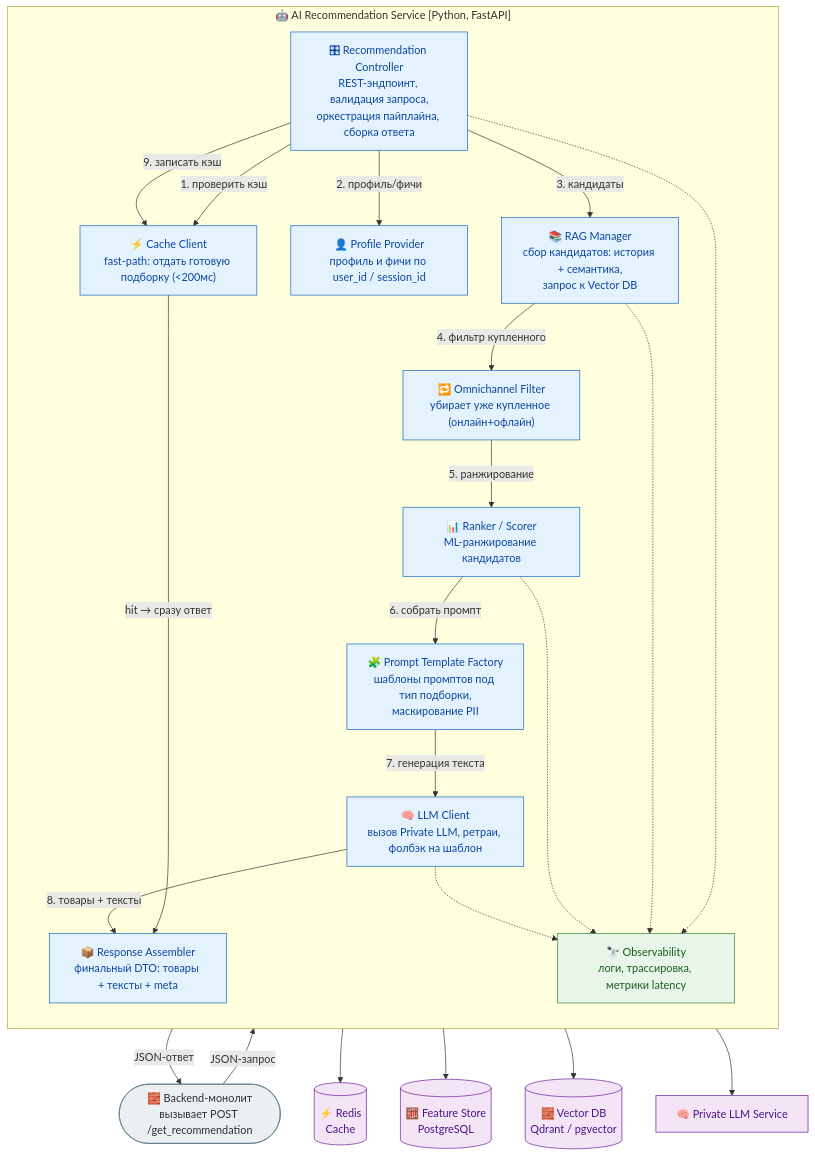
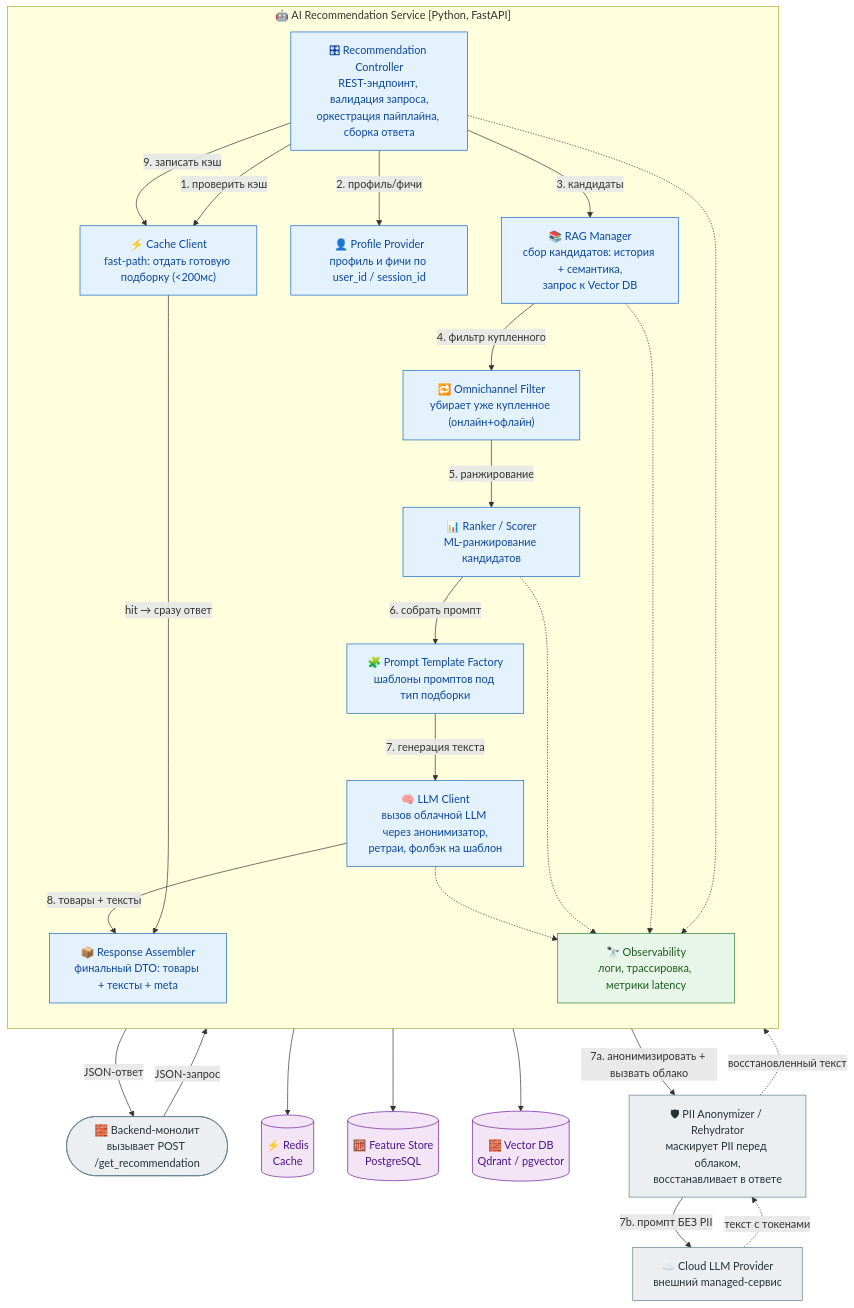
The diagram in hw-2/diagrams/c3-component.mmd (divisee/otus-ai-architect), drawn with Mermaid before and after one commit. The commit also changed 6 other files, not shown here.

```diff
--- a/hw-2/diagrams/c3-component.mmd
+++ b/hw-2/diagrams/c3-component.mmd
@@ -1,62 +1,68 @@
 %% C4 Level 3 — Component Diagram. Внутренности контейнера "AI Recommendation Service"
 %% Вставьте код в https://mermaid.live
 
 flowchart TB
     BE([🧱 Backend-монолит<br/>вызывает POST /get_recommendation])
 
     subgraph AISVC["🤖 AI Recommendation Service [Python, FastAPI]"]
         direction TB
 
         CTRL["🎛 Recommendation Controller<br/>REST-эндпоинт, валидация запроса,<br/>оркестрация пайплайна, сборка ответа"]
         CACHEC["⚡ Cache Client<br/>fast-path: отдать готовую подборку (<200мс)"]
         PROF["👤 Profile Provider<br/>профиль и фичи по user_id / session_id"]
         RAG["📚 RAG Manager<br/>сбор кандидатов: история + семантика,<br/>запрос к Vector DB"]
         OMNI["🔁 Omnichannel Filter<br/>убирает уже купленное (онлайн+офлайн)"]
         RANK["📊 Ranker / Scorer<br/>ML-ранжирование кандидатов"]
-        PTF["🧩 Prompt Template Factory<br/>шаблоны промптов под тип подборки,<br/>маскирование PII"]
-        LLMC["🧠 LLM Client<br/>вызов Private LLM, ретраи, фолбэк на шаблон"]
+        PTF["🧩 Prompt Template Factory<br/>шаблоны промптов под тип подборки"]
+        LLMC["🧠 LLM Client<br/>вызов облачной LLM через анонимизатор,<br/>ретраи, фолбэк на шаблон"]
         ASM["📦 Response Assembler<br/>финальный DTO: товары + тексты + meta"]
         OBS["🔭 Observability<br/>логи, трассировка, метрики latency"]
     end
 
     %% Внешние для контейнера зависимости
     CACHE[("⚡ Redis<br/>Cache")]
     FS[("🧮 Feature Store<br/>PostgreSQL")]
     VDB[("🧱 Vector DB<br/>Qdrant / pgvector")]
-    LLM["🧠 Private LLM Service"]
+    ANON["🛡 PII Anonymizer / Rehydrator<br/>маскирует PII перед облаком,<br/>восстанавливает в ответе"]
+    CLOUD["☁️ Cloud LLM Provider<br/>внешний managed-сервис"]
 
     %% Поток управления
     BE -->|"JSON-запрос"| CTRL
     CTRL -->|"1. проверить кэш"| CACHEC
     CACHEC -->|"hit → сразу ответ"| ASM
     CTRL -->|"2. профиль/фичи"| PROF
     CTRL -->|"3. кандидаты"| RAG
     RAG -->|"4. фильтр купленного"| OMNI
     OMNI -->|"5. ранжирование"| RANK
     RANK -->|"6. собрать промпт"| PTF
     PTF -->|"7. генерация текста"| LLMC
     LLMC -->|"8. товары + тексты"| ASM
     CTRL -->|"9. записать кэш"| CACHEC
     ASM -->|"JSON-ответ"| BE
 
     %% Доступ к данным
     CACHEC --> CACHE
     PROF --> FS
     RAG --> VDB
-    LLMC --> LLM
+
+    %% Генерация: облако через анонимизатор PII
+    LLMC -->|"7a. анонимизировать + вызвать облако"| ANON
+    ANON -->|"7b. промпт БЕЗ PII"| CLOUD
+    CLOUD -.->|"текст с токенами"| ANON
+    ANON -.->|"восстановленный текст"| LLMC
 
     %% Наблюдаемость
     CTRL -.-> OBS
     RAG -.-> OBS
     RANK -.-> OBS
     LLMC -.-> OBS
 
     classDef comp fill:#e3f2fd,stroke:#1565c0,color:#0d47a1;
     classDef data fill:#f3e5f5,stroke:#6a1b9a,color:#4a148c;
     classDef ext fill:#eceff1,stroke:#607d8b,color:#263238;
     classDef obs fill:#e8f5e9,stroke:#2e7d32,color:#1b5e20;
 
     class CTRL,CACHEC,PROF,RAG,OMNI,RANK,PTF,LLMC,ASM comp;
-    class CACHE,FS,VDB,LLM data;
-    class BE ext;
+    class CACHE,FS,VDB data;
+    class BE,ANON,CLOUD ext;
     class OBS obs;
```
